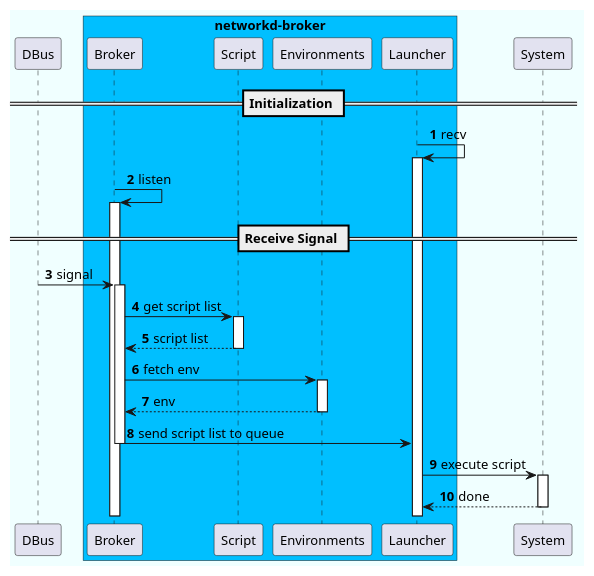
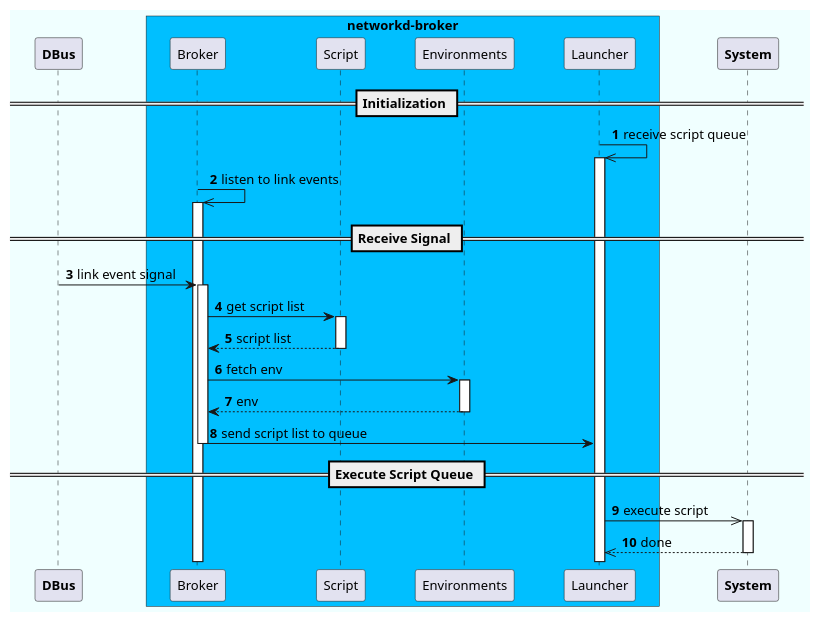
The diagram in docs/networkd-broker-seq.plantuml (bpetlert/networkd-broker), drawn with PlantUML before and after one commit. The commit also changed 2 other files, not shown here.

Commit message:
docs: Update sequence diagram

```diff
--- a/docs/networkd-broker-seq.plantuml
+++ b/docs/networkd-broker-seq.plantuml
@@ -1,35 +1,40 @@
 @startuml networkd-broker
 
-skinparam defaultFontName "FuraCode Nerd Font"
+skinparam defaultFontName "Helvetica"
 skinparam defaultFontSize 13
 skinparam defaultFontColor black
 skinparam BackgroundColor Azure
+skinparam ParticipantPadding 20
 skinparam BoxPadding 10
 skinparam shadowing false
 
-participant DBus
+participant "**DBus**" as DBus
+
 box "networkd-broker" #DeepSkyBlue
 participant Broker
 participant Script
 participant Environments
 participant Launcher
 end box
-participant System
+
+participant "**System**" as System
 
 autonumber
 
 == Initialization ==
-Launcher -> Launcher ++ : recv
-Broker -> Broker ++ : listen
+Launcher ->> Launcher ++ : receive script queue
+Broker ->> Broker ++ : listen to link events
 
 == Receive Signal ==
-DBus -> Broker ++ : signal
+DBus -> Broker ++ : link event signal
 Broker -> Script ++ : get script list
 return script list
 Broker -> Environments ++ : fetch env
 return env
 Broker -> Launcher --: send script list to queue
-Launcher -> System ++ : execute script
+
+== Execute Script Queue ==
+Launcher ->> System ++ : execute script
 return done
 
 @enduml
```
